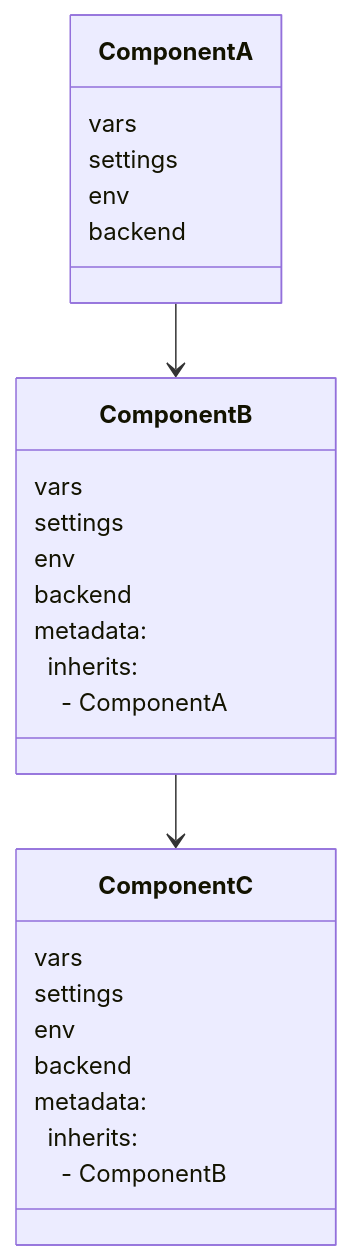
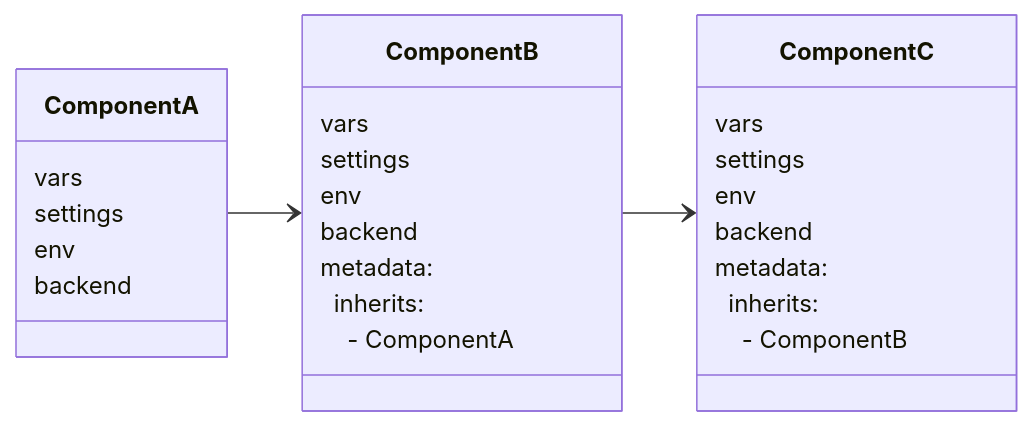
The third of 5 diagrams in website/docs/core-concepts/stacks/inheritance.mdx (cloudposse/atmos), drawn with Mermaid before and after one commit. The commit also changed other lines of this file and 5 other files, not shown here.

````diff
--- a/website/docs/core-concepts/stacks/inheritance.mdx
+++ b/website/docs/core-concepts/stacks/inheritance.mdx
@@ -399,27 +406,28 @@
 ```mermaid
 classDiagram
+      direction LR
       ComponentA --> ComponentB
       ComponentB --> ComponentC
       ComponentA : vars
       ComponentA : settings
       ComponentA : env
       ComponentA : backend
       class ComponentB {
           vars
           settings
           env
           backend
           metadata:
           &nbsp;&nbsp;inherits:
           &nbsp;&nbsp;&nbsp;&nbsp;- ComponentA&nbsp;&nbsp;
       }
       class ComponentC {
           vars
           settings
           env
           backend
           metadata:
           &nbsp;&nbsp;inherits:
           &nbsp;&nbsp;&nbsp;&nbsp;- ComponentB&nbsp;&nbsp;
       }
 ```
````
